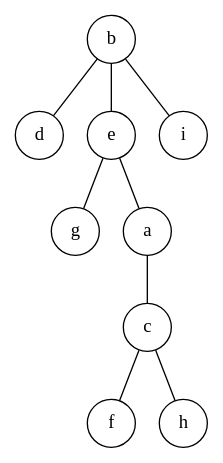
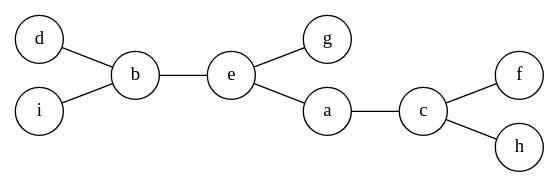
One commit to ralismark/ralismark.github.io changed the first of 6 diagrams in _posts/2019-05-28-edge-trees.md. Above: the diagram before and after it, drawn with Graphviz. The commit also changed other lines of this file, not shown here.

````diff
--- a/_posts/2019-05-28-edge-trees.md
+++ b/_posts/2019-05-28-edge-trees.md
@@ -28,13 +36,14 @@
 ``` dot
 graph {
 	node [shape=circle];
-	b -- d;
+	rankdir="LR";
+	d -- b;
 	c -- f;
 	e -- g;
 	c -- h;
 	a -- c;
 	e -- a;
 	b -- e;
-	b -- i;
+	i -- b;
 }
 ```
````
